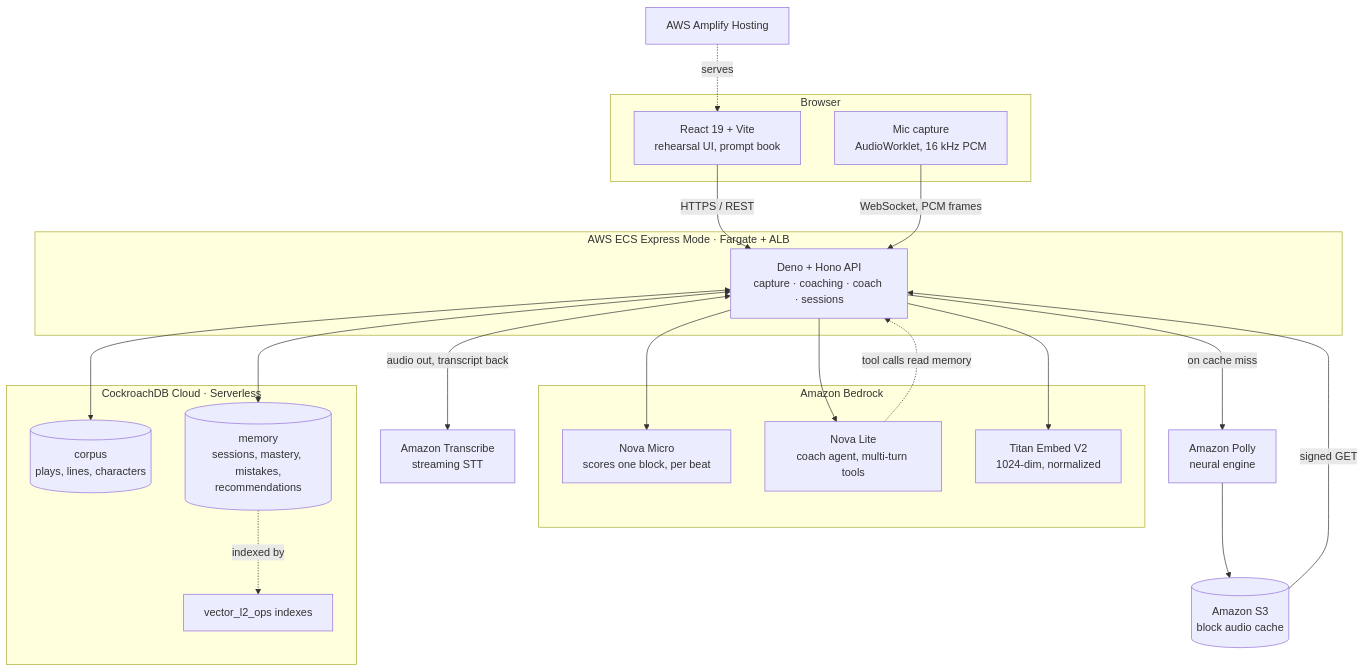
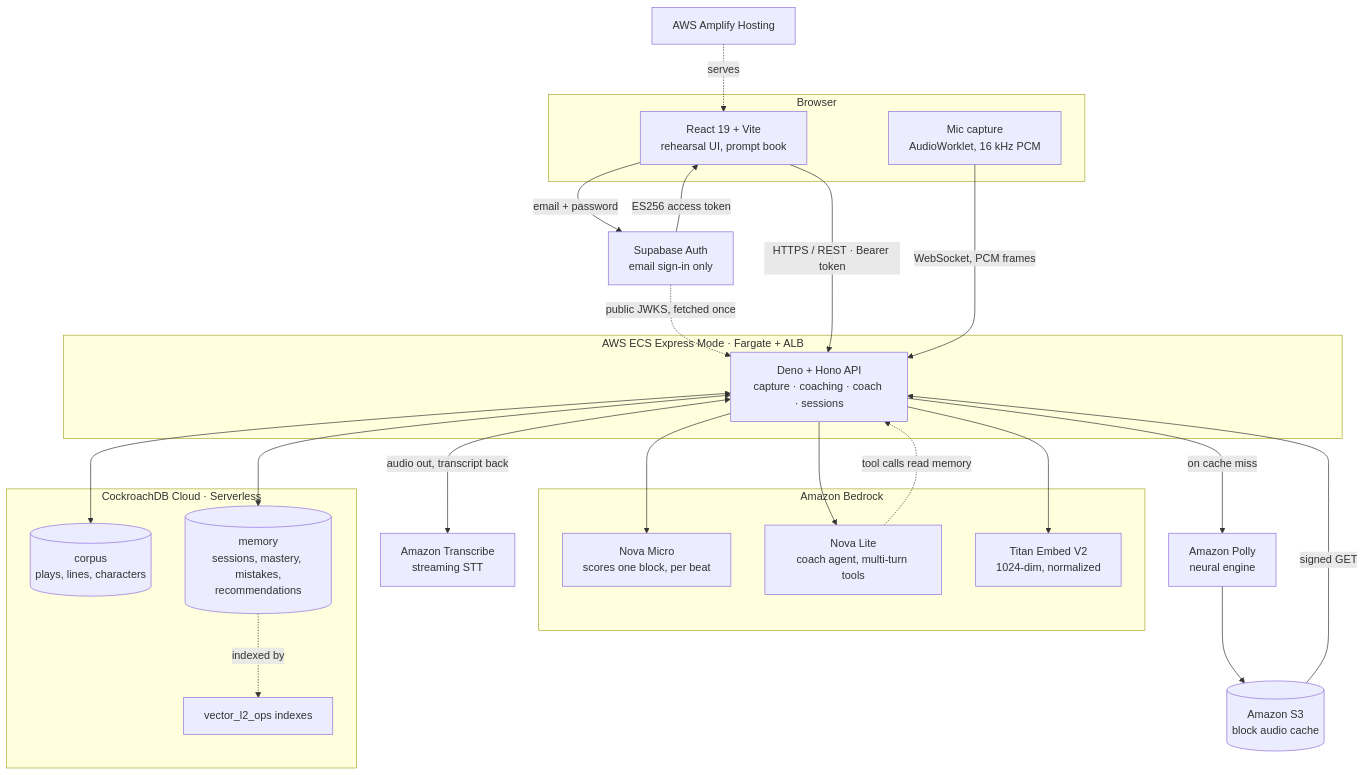
Before and after one commit to chillbrodev/book-holder: the third of 3 diagrams in README.md, drawn with Mermaid. The commit also changed other lines of this file and 51 other files, not shown here.

````diff
--- a/README.md
+++ b/README.md
@@ -167,43 +167,47 @@
 ```mermaid
 flowchart TB
     subgraph client["Browser"]
         UI["React 19 + Vite<br/>rehearsal UI, prompt book"]
         MIC["Mic capture<br/>AudioWorklet, 16 kHz PCM"]
     end
 
     subgraph run["AWS ECS Express Mode · Fargate + ALB"]
         API["Deno + Hono API<br/>capture · coaching · coach · sessions"]
     end
 
     subgraph br["Amazon Bedrock"]
         MICRO["Nova Micro<br/>scores one block, per beat"]
         LITE["Nova Lite<br/>coach agent, multi-turn tools"]
         TITAN["Titan Embed V2<br/>1024-dim, normalized"]
     end
 
     subgraph db["CockroachDB Cloud · Serverless"]
         CORPUS[("corpus<br/>plays, lines, characters")]
         MEM[("memory<br/>sessions, mastery, mistakes,<br/>recommendations")]
         VEC["vector_l2_ops indexes"]
     end
 
     TR["Amazon Transcribe<br/>streaming STT"]
     POLLY["Amazon Polly<br/>neural engine"]
     S3[("Amazon S3<br/>block audio cache")]
     AMP["AWS Amplify Hosting"]
+    SUPA["Supabase Auth<br/>email sign-in only"]
 
     AMP -.serves.-> UI
-    UI -->|"HTTPS / REST"| API
+    UI -->|"email + password"| SUPA
+    SUPA -->|"ES256 access token"| UI
+    SUPA -.->|"public JWKS, fetched once"| API
+    UI -->|"HTTPS / REST · Bearer token"| API
     MIC -->|"WebSocket, PCM frames"| API
     API <-->|"audio out, transcript back"| TR
     API --> MICRO
     API --> LITE
     API --> TITAN
     API -->|"on cache miss"| POLLY
     POLLY --> S3
     S3 -->|"signed GET"| API
     API <--> CORPUS
     API <--> MEM
     MEM -.indexed by.-> VEC
     LITE -.->|"tool calls read memory"| API
 ```
````
